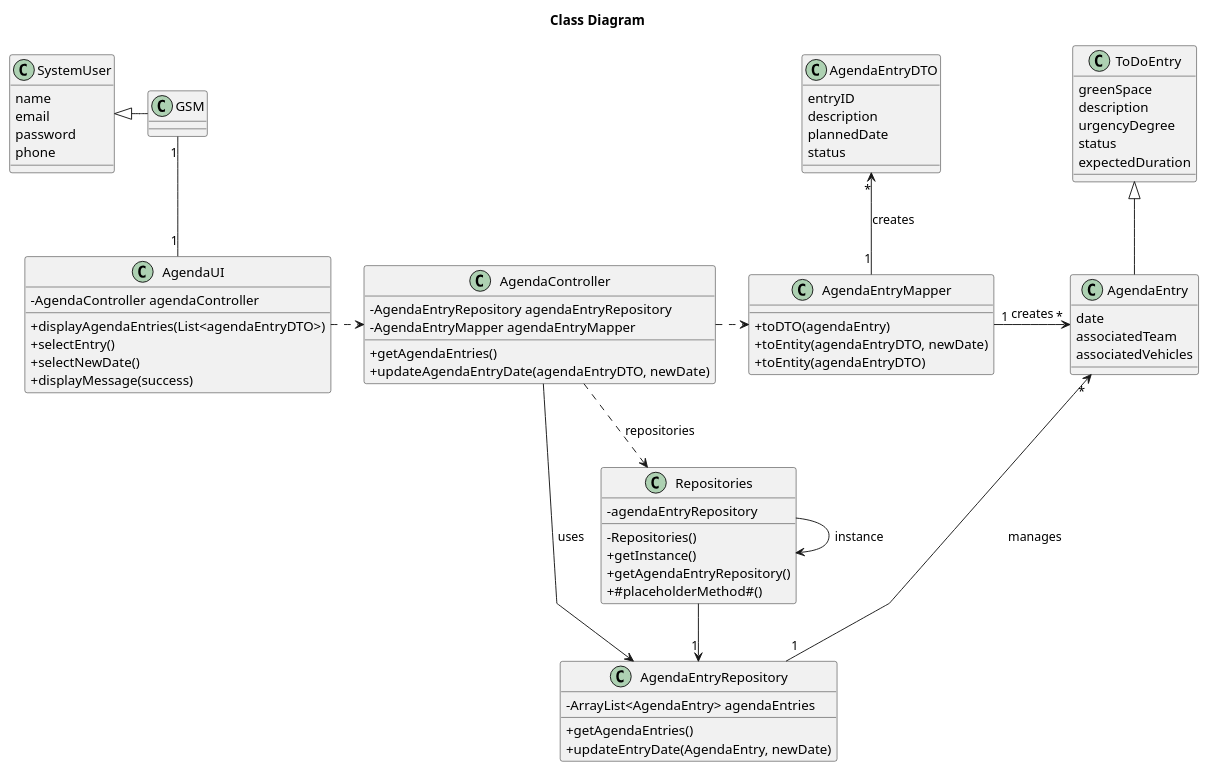
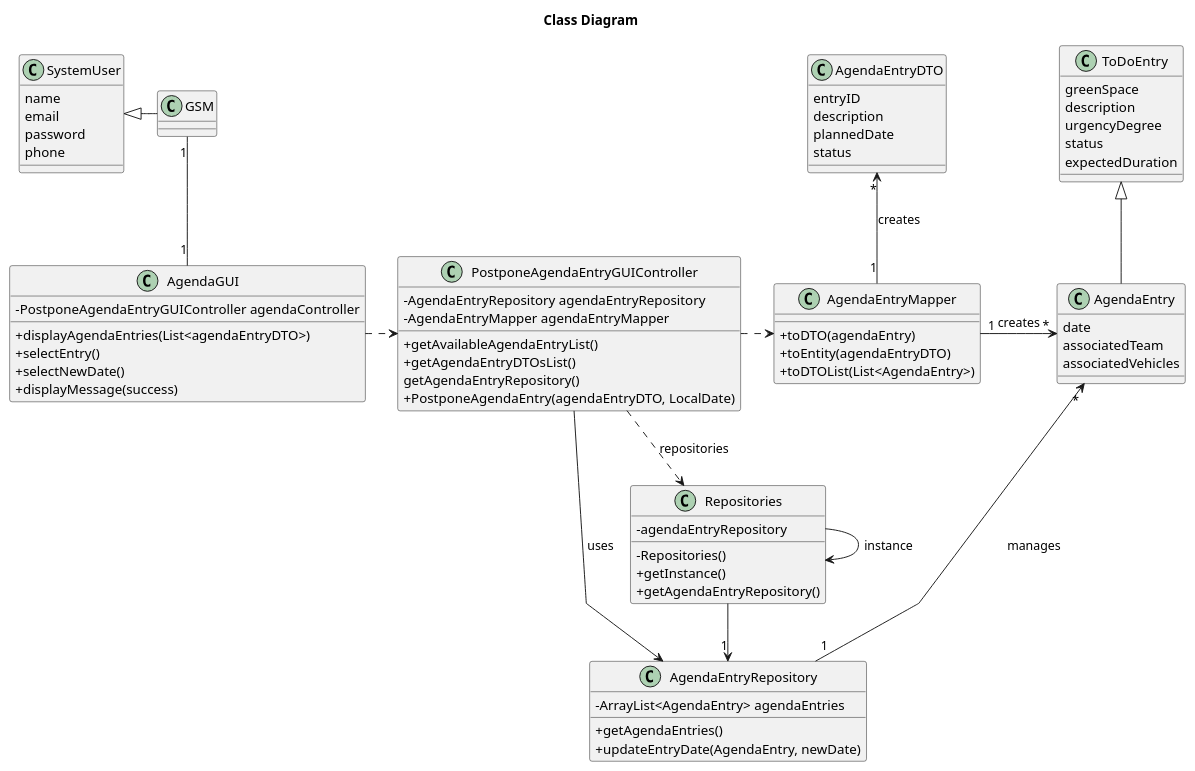
Before and after one commit to Departamento-de-Engenharia-Informatica/lei-24-s2-1do-g164: the diagram in docs/sprintC/us024/03.design/puml/us024-class-diagram.puml, drawn with PlantUML. The commit also changed 17 other files, not shown here.

Commit message:
US022 and US024 (docs): final adjustments in accord to the developed implementaton class diagram and sequence diagram from design slightly changed

```diff
--- a/docs/sprintC/us024/03.design/puml/us024-class-diagram.puml
+++ b/docs/sprintC/us024/03.design/puml/us024-class-diagram.puml
@@ -1,92 +1,92 @@
 @startuml
 skinparam classAttributeIconSize 0
 'skinparam monochrome true
 skinparam packageStyle rectangle
 skinparam shadowing false
 skinparam linetype polyline
 'skinparam linetype orto
 skinparam classAttributeIconSize 0
 
 title Class Diagram
 
 
 class ToDoEntry{
     greenSpace
     description
     urgencyDegree
     status
     expectedDuration
 }
 
 class AgendaEntry {
     date
     associatedTeam
     associatedVehicles
 }
 
 class AgendaEntryDTO {
     entryID
     description
     plannedDate
     status
 }
 
 class SystemUser {
     name
     email
     password
     phone
 }
 
 class AgendaEntryRepository {
     - ArrayList<AgendaEntry> agendaEntries
     + getAgendaEntries()
     + updateEntryDate(AgendaEntry, newDate)
 }
 
 class Repositories {
     - agendaEntryRepository
-
     - Repositories()
     + getInstance()
     + getAgendaEntryRepository()
-    + #placeholderMethod#()
 }
 
 class AgendaEntryMapper {
     + toDTO(agendaEntry)
-    + toEntity(agendaEntryDTO, newDate)
     + toEntity(agendaEntryDTO)
+    + toDTOList(List<AgendaEntry>)
 }
 
-class AgendaController {
+class PostponeAgendaEntryGUIController {
     - AgendaEntryRepository agendaEntryRepository
     - AgendaEntryMapper agendaEntryMapper
-    + getAgendaEntries()
-    + updateAgendaEntryDate(agendaEntryDTO, newDate)
+    + getAvailableAgendaEntryList()
+    + getAgendaEntryDTOsList()
+    getAgendaEntryRepository()
+    + PostponeAgendaEntry(agendaEntryDTO, LocalDate)
 }
 
-class AgendaUI {
-    - AgendaController agendaController
+class AgendaGUI {
+    - PostponeAgendaEntryGUIController agendaController
     + displayAgendaEntries(List<agendaEntryDTO>)
     + selectEntry()
     + selectNewDate()
     + displayMessage(success)
 }
 
-AgendaUI .> AgendaController
-AgendaController ..> Repositories : repositories
+AgendaGUI .> PostponeAgendaEntryGUIController
+PostponeAgendaEntryGUIController ..> Repositories : repositories
 Repositories --> "1" AgendaEntryRepository
 Repositories -> Repositories : instance
-AgendaController .> AgendaEntryMapper
-AgendaController --> AgendaEntryRepository : uses
+PostponeAgendaEntryGUIController .> AgendaEntryMapper
+PostponeAgendaEntryGUIController --> AgendaEntryRepository : uses
 
 SystemUser <|- GSM
 ToDoEntry <|-- AgendaEntry
 
-GSM "1" -- "1" AgendaUI
+GSM "1" -- "1" AgendaGUI
 AgendaEntryMapper "1"->"*" AgendaEntry : creates
 AgendaEntry "*" <-- "1" AgendaEntryRepository : manages
 AgendaEntryDTO "*" <-- "1" AgendaEntryMapper : creates
 
 @enduml
```
